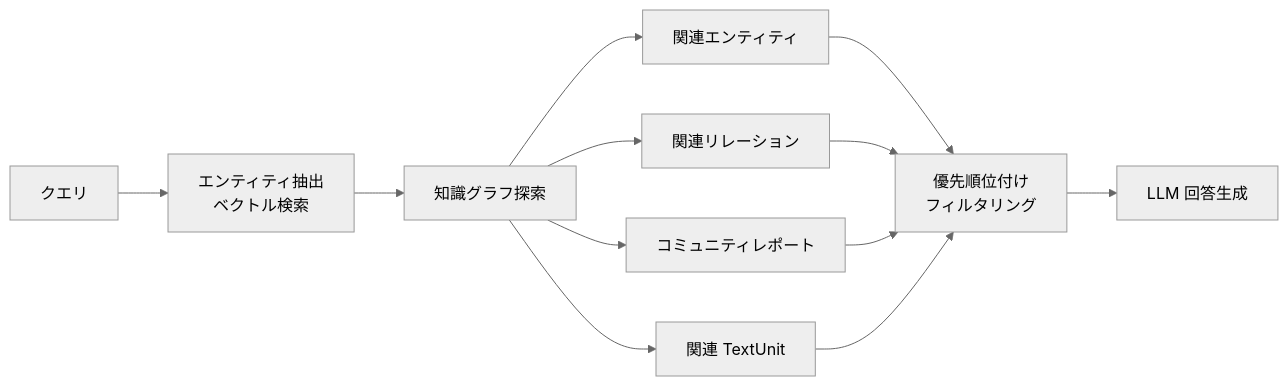
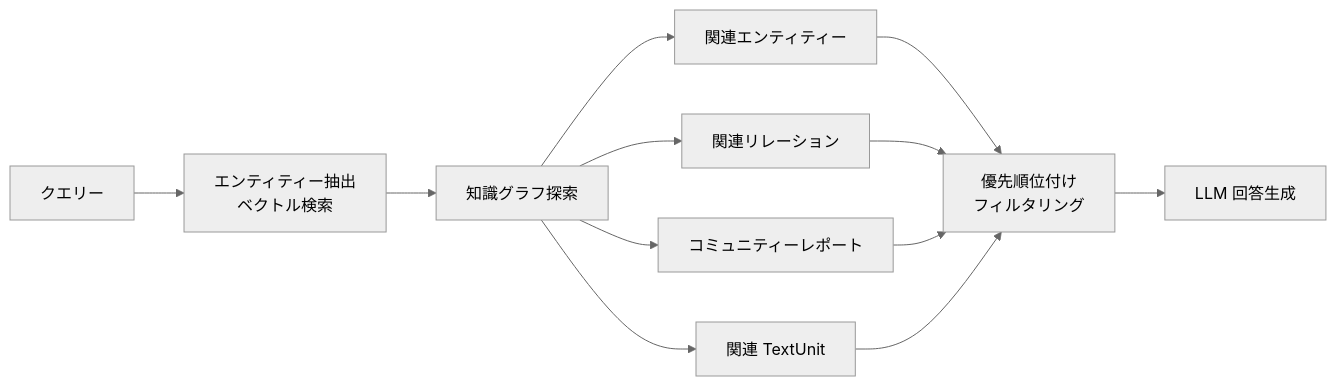
The fourth of 5 diagrams in content/blog/ja/graphrag.mdx (yoichiozaki/yoichiozaki.github.io), drawn with Mermaid (neutral theme) before and after one commit. The commit also changed other lines of this file and 117 other files, not shown here.

````diff
--- a/content/blog/ja/graphrag.mdx
+++ b/content/blog/ja/graphrag.mdx
@@ -274,14 +274,14 @@
 ```mermaid
 graph LR
-    Q[クエリ] --> EE[エンティティ抽出<br/>ベクトル検索]
+    Q[クエリー] --> EE[エンティティー抽出<br/>ベクトル検索]
     EE --> KG[知識グラフ探索]
-    KG --> E[関連エンティティ]
+    KG --> E[関連エンティティー]
     KG --> R[関連リレーション]
-    KG --> CR[コミュニティレポート]
+    KG --> CR[コミュニティーレポート]
     KG --> TU[関連 TextUnit]
     E --> F[優先順位付け<br/>フィルタリング]
     R --> F
     CR --> F
     TU --> F
     F --> LLM[LLM 回答生成]
 ```
````
